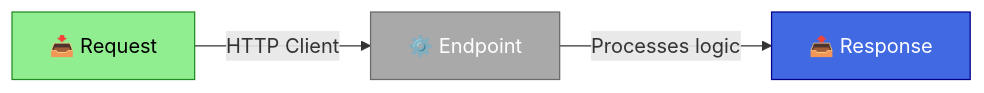
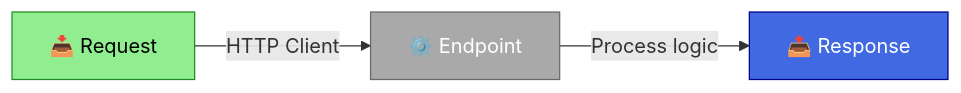
Before and after one commit to alexicaballero/swim-tracker: the first of 2 diagrams in src/SwimTracker.Api.REPR/ARTICLE_REPR_ENG.md, drawn with Mermaid. The commit also changed other lines of this file and 10 other files, not shown here.

````diff
--- a/src/SwimTracker.Api.REPR/ARTICLE_REPR_ENG.md
+++ b/src/SwimTracker.Api.REPR/ARTICLE_REPR_ENG.md
@@ -43,9 +43,9 @@
 ```mermaid
 graph LR
     A["📥 Request"] -->|"HTTP Client"| B["⚙️ Endpoint"]
-    B -->|"Processes logic"| C["📤 Response"]
+    B -->|"Process logic"| C["📤 Response"]
     
     style A fill:#90EE90,stroke:#228B22,color:#000
     style B fill:#A9A9A9,stroke:#696969,color:#fff
     style C fill:#4169E1,stroke:#00008B,color:#fff
 ```
````
